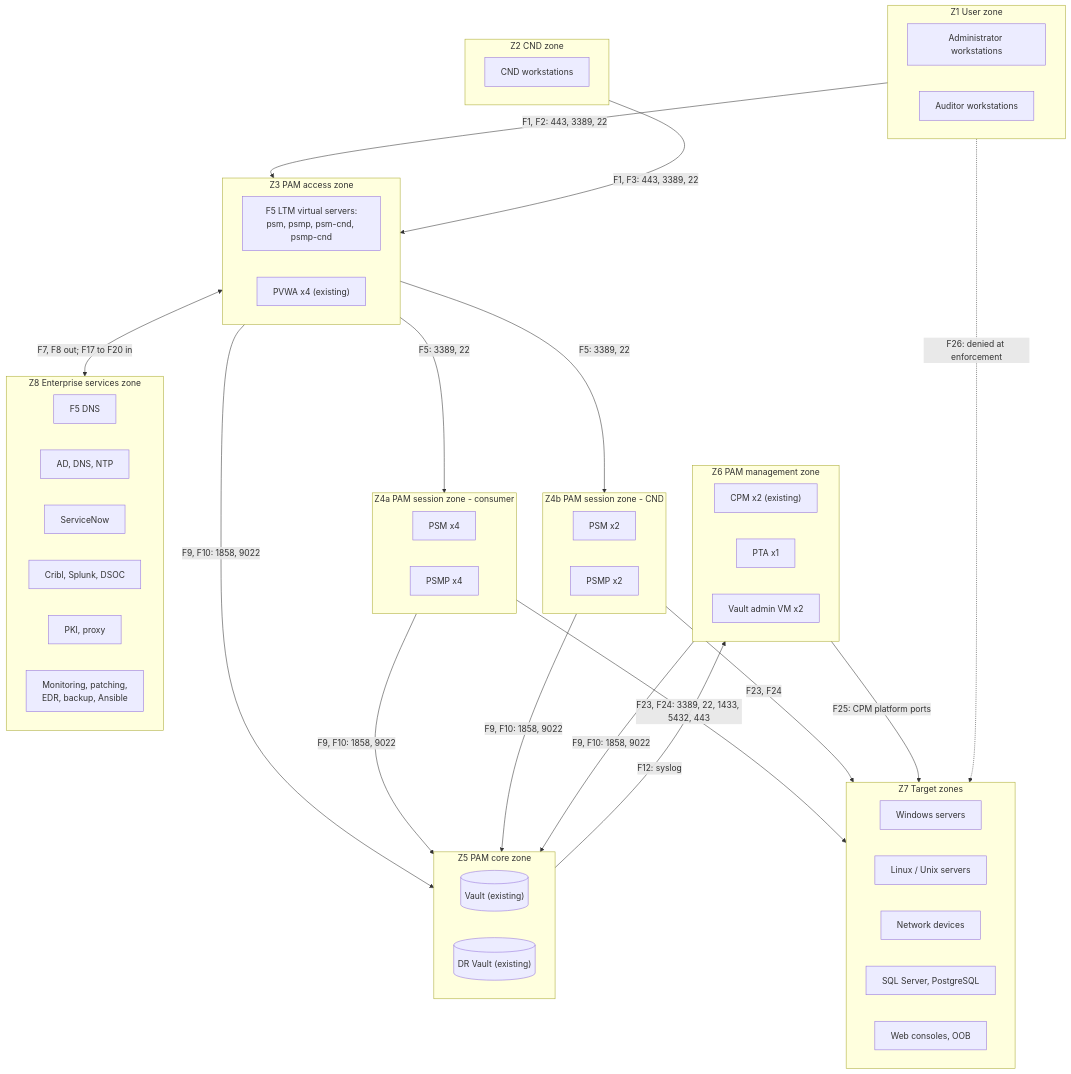
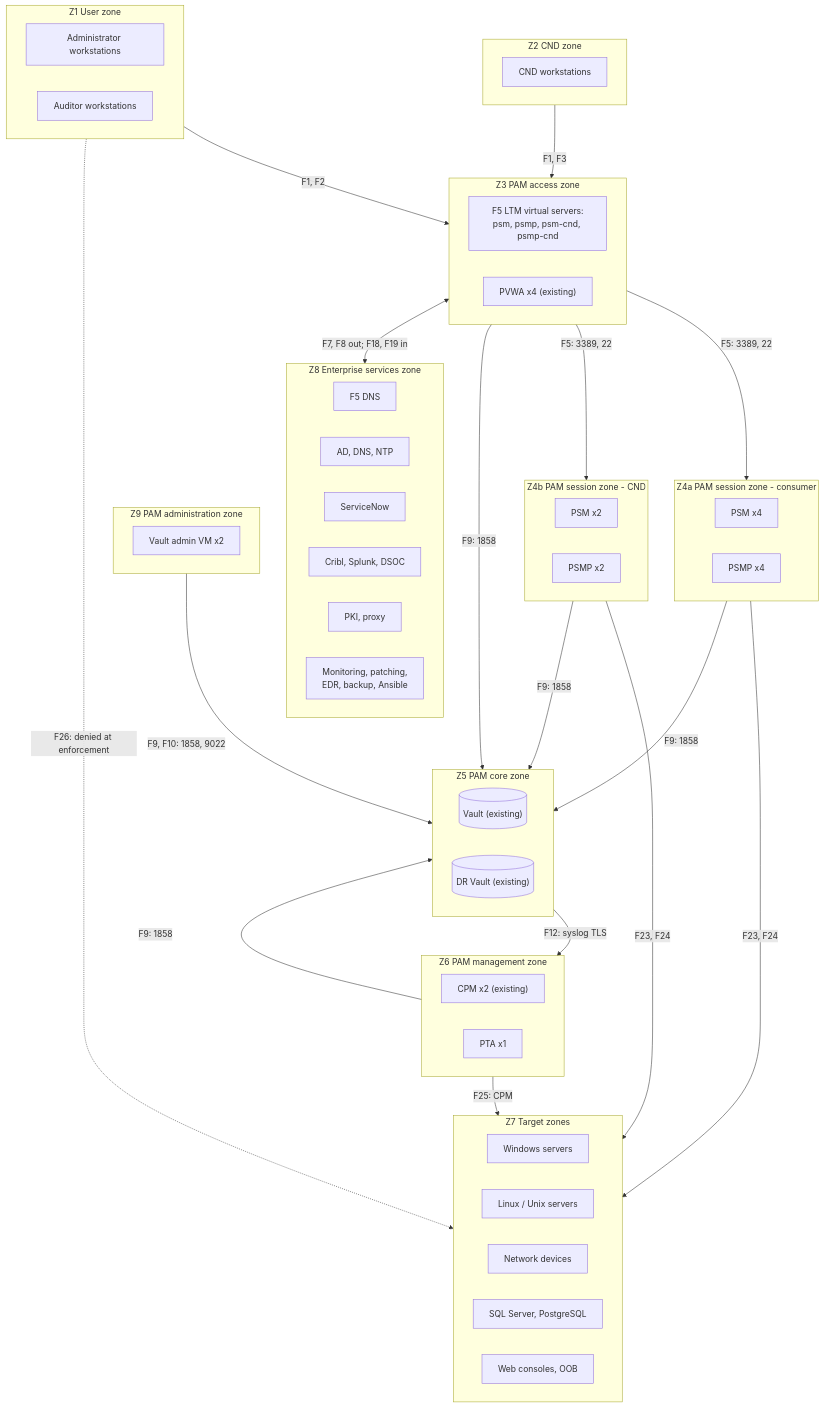
The fourth of 13 diagrams in docs/cyberark-psm/impact-assessment.md (cnampalli/CB-Raap-Vault), drawn with Mermaid before and after one commit. The commit also changed other lines of this file, not shown here.

First line of the commit message:
docs(psm): IA v0.11 - network and security architect review fixes

````diff
--- a/docs/cyberark-psm/impact-assessment.md
+++ b/docs/cyberark-psm/impact-assessment.md
@@ -534,57 +541,60 @@
 ```mermaid
 flowchart TB
     subgraph Z1["Z1 User zone"]
         WS["Administrator workstations"]
         AW["Auditor workstations"]
     end
     subgraph Z2["Z2 CND zone"]
         CWS["CND workstations"]
     end
     subgraph Z3["Z3 PAM access zone"]
         LTM["F5 LTM virtual servers:<br/>psm, psmp, psm-cnd, psmp-cnd"]
         PVWA["PVWA x4 (existing)"]
     end
     subgraph Z4a["Z4a PAM session zone - consumer"]
         PSM["PSM x4"]
         PSMP["PSMP x4"]
     end
     subgraph Z4b["Z4b PAM session zone - CND"]
         PSMn["PSM x2"]
         PSMPn["PSMP x2"]
     end
     subgraph Z5["Z5 PAM core zone"]
         V[("Vault (existing)")]
         DRV[("DR Vault (existing)")]
     end
     subgraph Z6["Z6 PAM management zone"]
         CPM["CPM x2 (existing)"]
         PTA["PTA x1"]
+    end
+    subgraph Z9["Z9 PAM administration zone"]
         VADM["Vault admin VM x2"]
     end
     subgraph Z7["Z7 Target zones"]
         TW["Windows servers"]
         TL["Linux / Unix servers"]
         TN["Network devices"]
         TD["SQL Server, PostgreSQL"]
         TC["Web consoles, OOB"]
     end
     subgraph Z8["Z8 Enterprise services zone"]
         GTM["F5 DNS"]
         AD["AD, DNS, NTP"]
         SN["ServiceNow"]
         CR["Cribl, Splunk, DSOC"]
         PKI["PKI, proxy"]
         OPS["Monitoring, patching,<br/>EDR, backup, Ansible"]
     end
-    Z1 -->|"F1, F2: 443, 3389, 22"| Z3
-    Z2 -->|"F1, F3: 443, 3389, 22"| Z3
+    Z1 -->|"F1, F2"| Z3
+    Z2 -->|"F1, F3"| Z3
     Z3 -->|"F5: 3389, 22"| Z4a
     Z3 -->|"F5: 3389, 22"| Z4b
-    Z4a -->|"F23, F24: 3389, 22, 1433, 5432, 443"| Z7
+    Z4a -->|"F23, F24"| Z7
     Z4b -->|"F23, F24"| Z7
-    Z6 -->|"F25: CPM platform ports"| Z7
-    Z3 & Z4a & Z4b & Z6 -->|"F9, F10: 1858, 9022"| Z5
-    Z5 -->|"F12: syslog"| Z6
-    Z3 <-->|"F7, F8 out; F17 to F20 in"| Z8
+    Z6 -->|"F25: CPM"| Z7
+    Z3 & Z4a & Z4b & Z6 -->|"F9: 1858"| Z5
+    Z9 -->|"F9, F10: 1858, 9022"| Z5
+    Z5 -->|"F12: syslog TLS"| Z6
+    Z3 <-->|"F7, F8 out; F18, F19 in"| Z8
     Z1 -. "F26: denied at enforcement" .-> Z7
 ```
````
